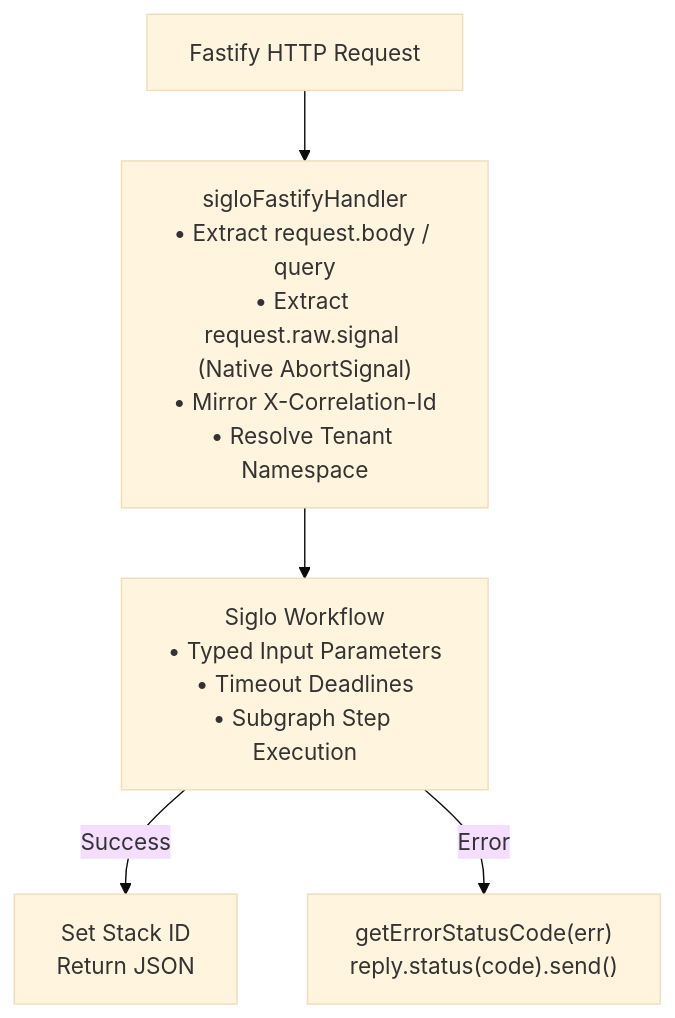
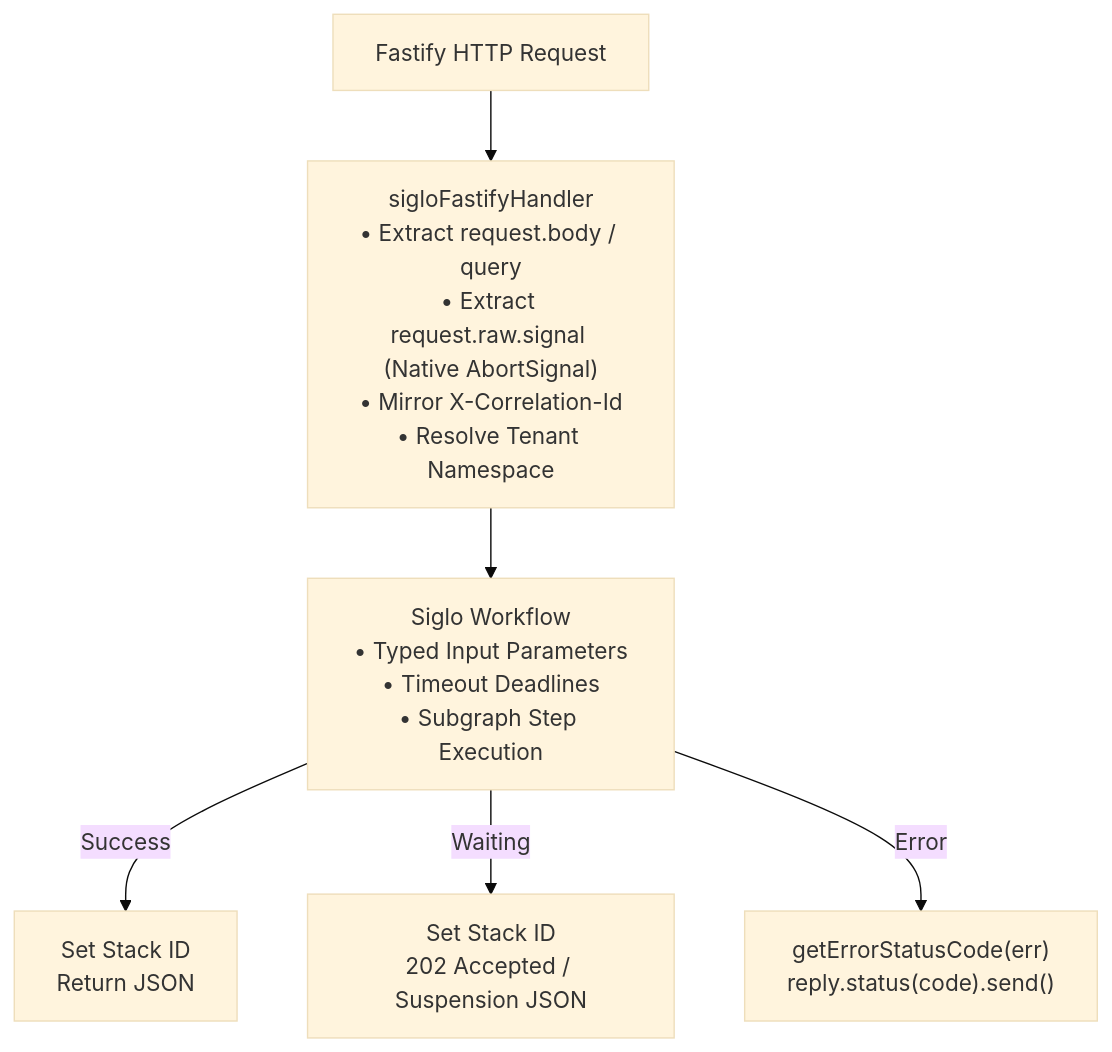
One commit to jsoftgem/siglo changed the diagram in docs/adapters/fastify.md. Above: the diagram before and after it, drawn with Mermaid (base theme). The commit also changed other lines of this file and 68 other files, not shown here.

````diff
--- a/docs/adapters/fastify.md
+++ b/docs/adapters/fastify.md
@@ -11,7 +11,8 @@
 ```mermaid
 flowchart TD
     Req["Fastify HTTP Request"] --> Handler["sigloFastifyHandler<br/>• Extract request.body / query<br/>• Extract request.raw.signal (Native AbortSignal)<br/>• Mirror X-Correlation-Id<br/>• Resolve Tenant Namespace"]
     Handler --> WF["Siglo Workflow<br/>• Typed Input Parameters<br/>• Timeout Deadlines<br/>• Subgraph Step Execution"]
     WF -->|Success| Success["Set Stack ID<br/>Return JSON"]
+    WF -->|Waiting| Waiting["Set Stack ID<br/>202 Accepted / Suspension JSON"]
     WF -->|Error| Error["getErrorStatusCode(err)<br/>reply.status(code).send()"]
 ```
````
